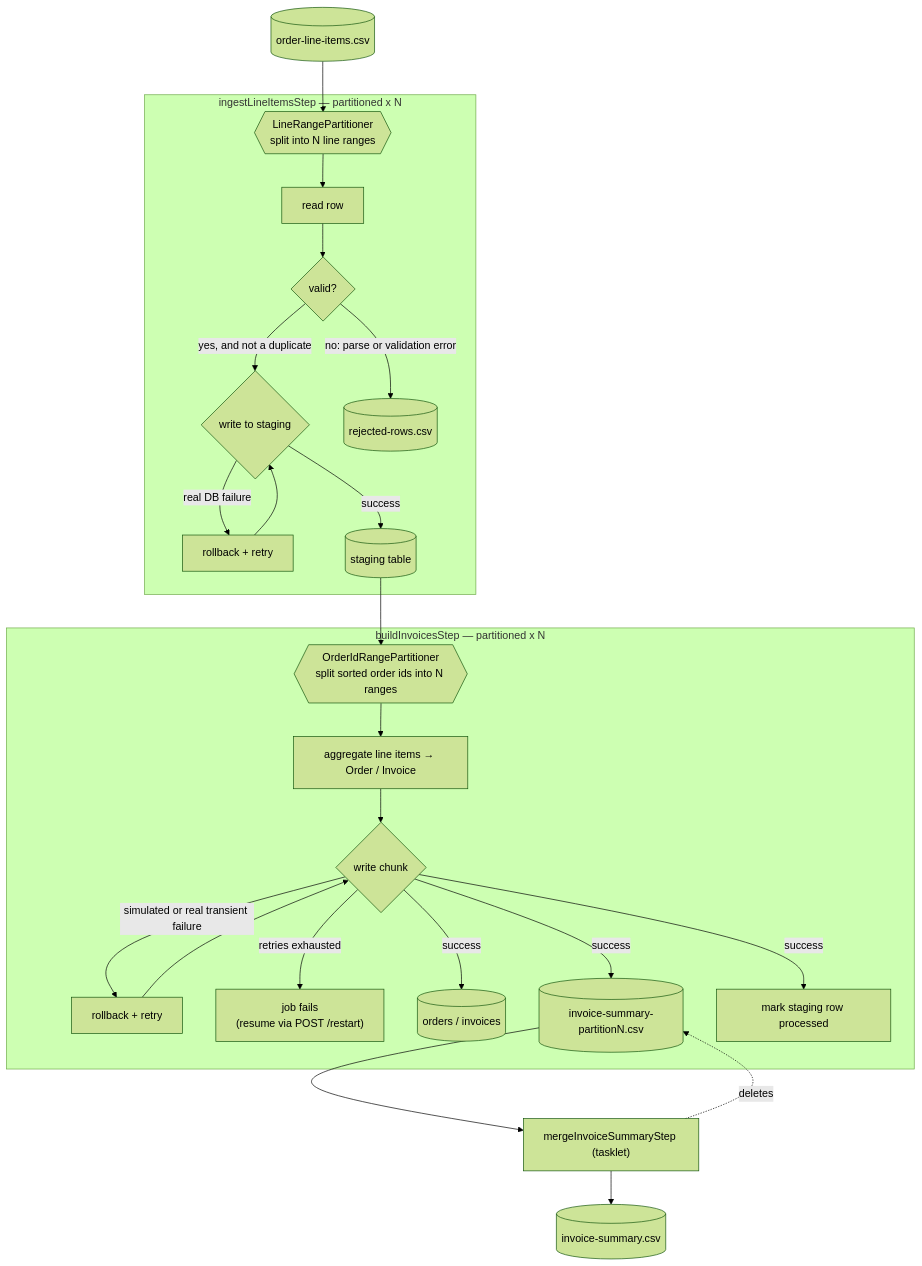
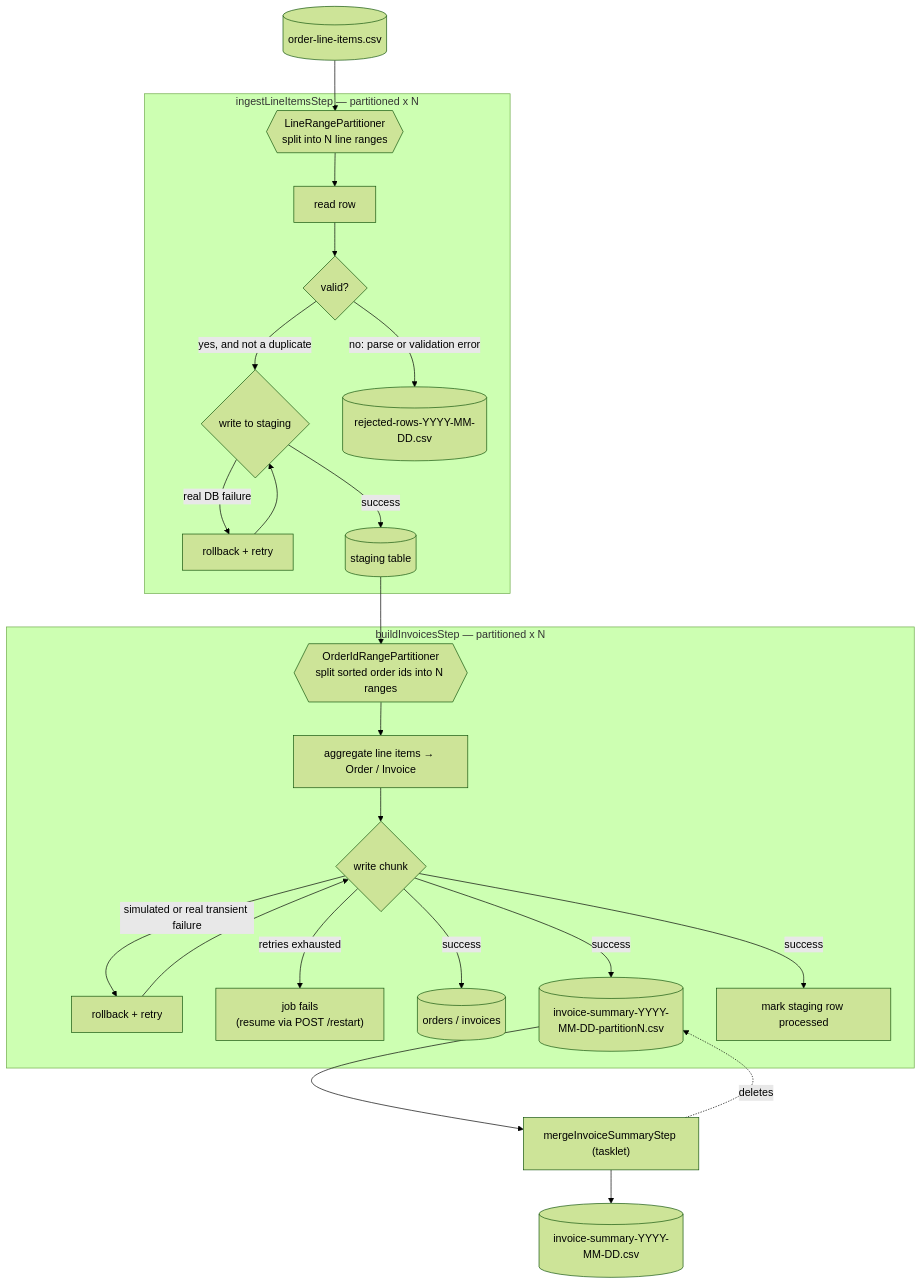
Before and after one commit to HuseyinYatar/demo-spring-batch: the first of 3 diagrams in README.md, drawn with Mermaid (forest theme). The commit also changed other lines of this file and 1 other file, not shown here.

````diff
--- a/README.md
+++ b/README.md
@@ -63,31 +63,31 @@
 ```mermaid
 flowchart TD
     CSV[("order-line-items.csv")] --> P1{{"LineRangePartitioner\nsplit into N line ranges"}}
 
     subgraph Step1["ingestLineItemsStep — partitioned x N"]
         P1 --> R1["read row"]
         R1 --> V1{"valid?"}
         V1 -- "yes, and not a duplicate" --> W1{"write to staging"}
-        V1 -- "no: parse or validation error" --> REJ[("rejected-rows.csv")]
+        V1 -- "no: parse or validation error" --> REJ[("rejected-rows-YYYY-MM-DD.csv")]
         W1 -- "real DB failure" --> RETRY1["rollback + retry"]
         RETRY1 --> W1
         W1 -- "success" --> STG[("staging table")]
     end
 
     STG --> P2{{"OrderIdRangePartitioner\nsplit sorted order ids into N ranges"}}
 
     subgraph Step2["buildInvoicesStep — partitioned x N"]
         P2 --> AGG["aggregate line items → Order / Invoice"]
         AGG --> WR{"write chunk"}
         WR -- "simulated or real transient failure" --> RETRY2["rollback + retry"]
         RETRY2 --> WR
         WR -- "retries exhausted" --> FAIL["job fails\n(resume via POST /restart)"]
         WR -- "success" --> DB[("orders / invoices")]
-        WR -- "success" --> PCSV[("invoice-summary-partitionN.csv")]
+        WR -- "success" --> PCSV[("invoice-summary-YYYY-MM-DD-partitionN.csv")]
         WR -- "success" --> MARK["mark staging row processed"]
     end
 
     PCSV --> MERGE["mergeInvoiceSummaryStep (tasklet)"]
-    MERGE --> FINAL[("invoice-summary.csv")]
+    MERGE --> FINAL[("invoice-summary-YYYY-MM-DD.csv")]
     MERGE -. deletes .-> PCSV
 ```
````
